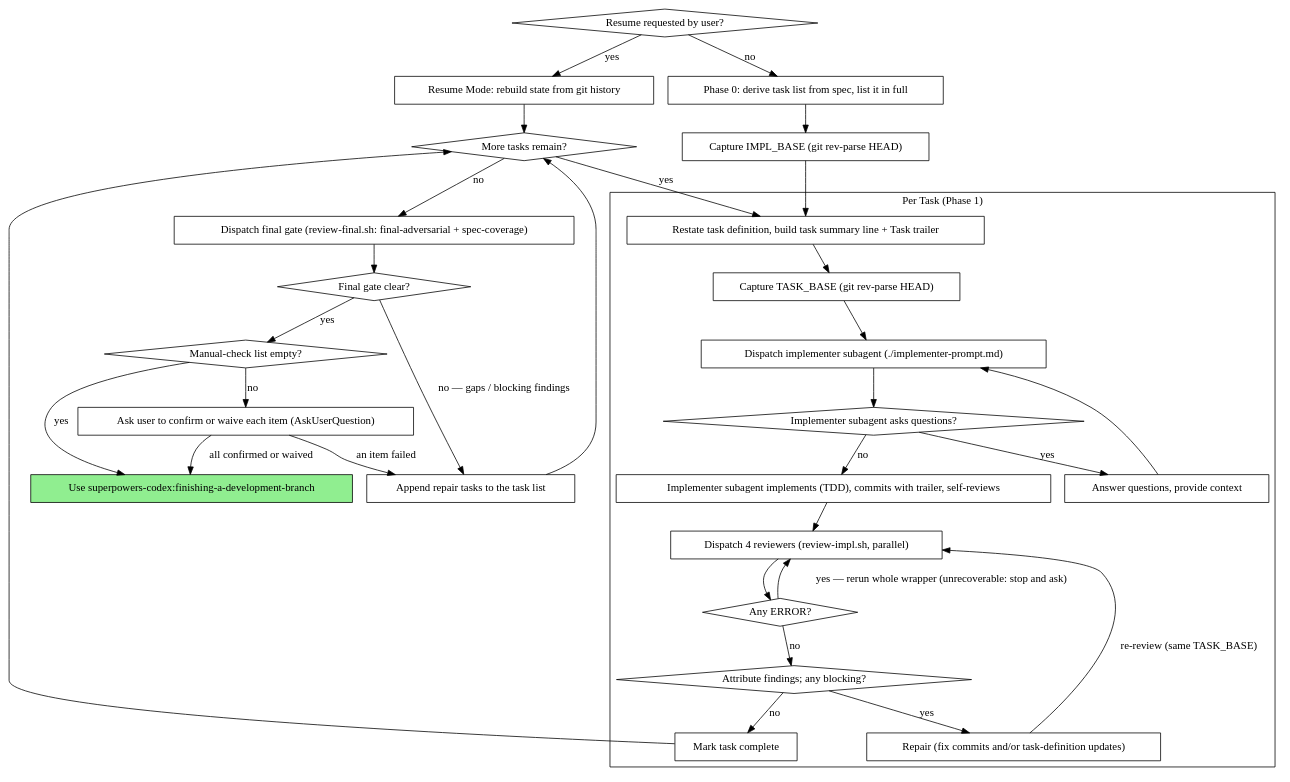
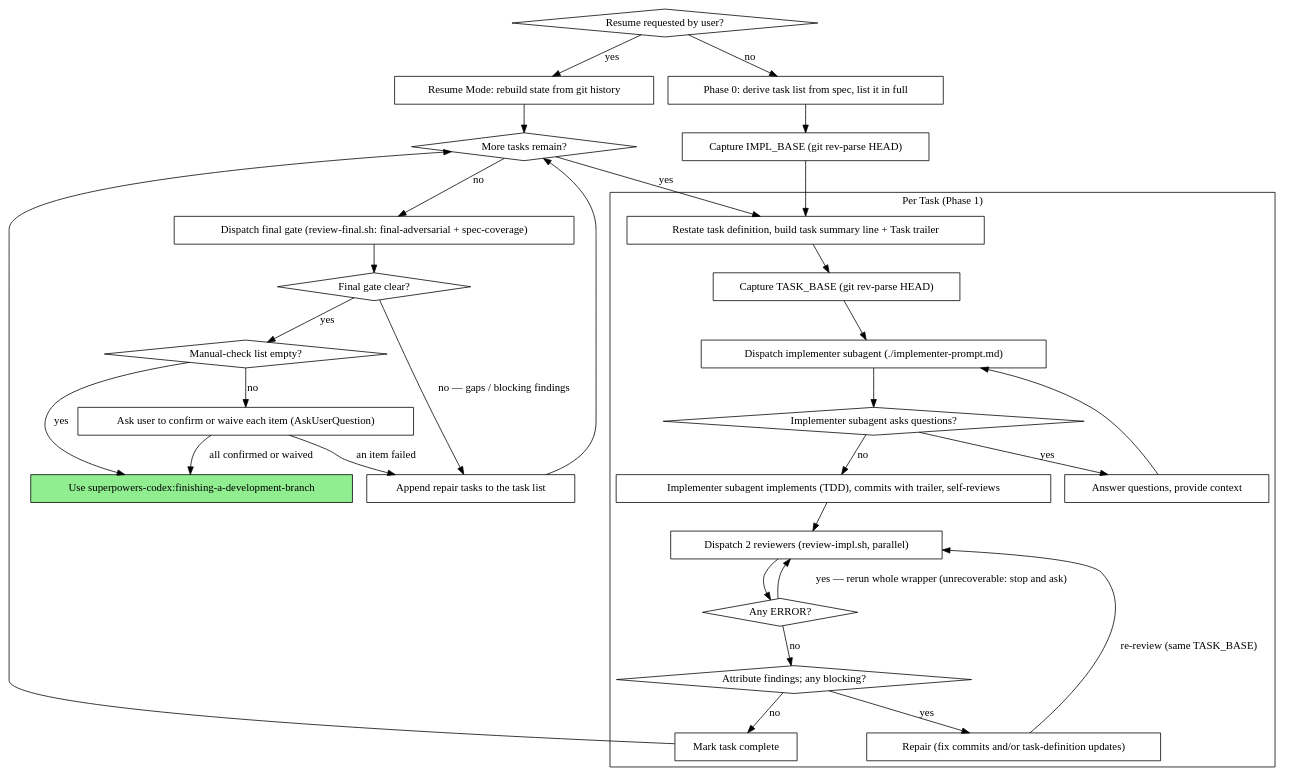
Before and after one commit to stu43005/superpowers-codex: the second of 2 diagrams in skills/subagent-driven-development/SKILL.md, drawn with Graphviz. The commit also changed other lines of this file and 3 other files, not shown here.

First line of the commit message:
feat(skills): run task-acceptance and code-quality as the per-task reviewers

````diff
--- a/skills/subagent-driven-development/SKILL.md
+++ b/skills/subagent-driven-development/SKILL.md
@@ -43,62 +43,62 @@
 ```dot
 digraph process {
     rankdir=TB;
 
     subgraph cluster_per_task {
         label="Per Task (Phase 1)";
         "Restate task definition, build task summary line + Task trailer" [shape=box];
         "Capture TASK_BASE (git rev-parse HEAD)" [shape=box];
         "Dispatch implementer subagent (./implementer-prompt.md)" [shape=box];
         "Implementer subagent asks questions?" [shape=diamond];
         "Answer questions, provide context" [shape=box];
         "Implementer subagent implements (TDD), commits with trailer, self-reviews" [shape=box];
-        "Dispatch 4 reviewers (review-impl.sh, parallel)" [shape=box];
+        "Dispatch 2 reviewers (review-impl.sh, parallel)" [shape=box];
         "Any ERROR?" [shape=diamond];
         "Attribute findings; any blocking?" [shape=diamond];
         "Repair (fix commits and/or task-definition updates)" [shape=box];
         "Mark task complete" [shape=box];
     }
 
     "Resume requested by user?" [shape=diamond];
     "Resume Mode: rebuild state from git history" [shape=box];
     "Phase 0: derive task list from spec, list it in full" [shape=box];
     "Capture IMPL_BASE (git rev-parse HEAD)" [shape=box];
     "More tasks remain?" [shape=diamond];
     "Dispatch final gate (review-final.sh: final-adversarial + spec-coverage)" [shape=box];
     "Final gate clear?" [shape=diamond];
     "Append repair tasks to the task list" [shape=box];
     "Manual-check list empty?" [shape=diamond];
     "Ask user to confirm or waive each item (AskUserQuestion)" [shape=box];
     "Use superpowers-codex:finishing-a-development-branch" [shape=box style=filled fillcolor=lightgreen];
 
     "Resume requested by user?" -> "Phase 0: derive task list from spec, list it in full" [label="no"];
     "Resume requested by user?" -> "Resume Mode: rebuild state from git history" [label="yes"];
     "Resume Mode: rebuild state from git history" -> "More tasks remain?";
     "Phase 0: derive task list from spec, list it in full" -> "Capture IMPL_BASE (git rev-parse HEAD)";
     "Capture IMPL_BASE (git rev-parse HEAD)" -> "Restate task definition, build task summary line + Task trailer";
     "Restate task definition, build task summary line + Task trailer" -> "Capture TASK_BASE (git rev-parse HEAD)";
     "Capture TASK_BASE (git rev-parse HEAD)" -> "Dispatch implementer subagent (./implementer-prompt.md)";
     "Dispatch implementer subagent (./implementer-prompt.md)" -> "Implementer subagent asks questions?";
     "Implementer subagent asks questions?" -> "Answer questions, provide context" [label="yes"];
     "Answer questions, provide context" -> "Dispatch implementer subagent (./implementer-prompt.md)";
     "Implementer subagent asks questions?" -> "Implementer subagent implements (TDD), commits with trailer, self-reviews" [label="no"];
-    "Implementer subagent implements (TDD), commits with trailer, self-reviews" -> "Dispatch 4 reviewers (review-impl.sh, parallel)";
-    "Dispatch 4 reviewers (review-impl.sh, parallel)" -> "Any ERROR?";
-    "Any ERROR?" -> "Dispatch 4 reviewers (review-impl.sh, parallel)" [label="yes — rerun whole wrapper (unrecoverable: stop and ask)"];
+    "Implementer subagent implements (TDD), commits with trailer, self-reviews" -> "Dispatch 2 reviewers (review-impl.sh, parallel)";
+    "Dispatch 2 reviewers (review-impl.sh, parallel)" -> "Any ERROR?";
+    "Any ERROR?" -> "Dispatch 2 reviewers (review-impl.sh, parallel)" [label="yes — rerun whole wrapper (unrecoverable: stop and ask)"];
     "Any ERROR?" -> "Attribute findings; any blocking?" [label="no"];
     "Attribute findings; any blocking?" -> "Repair (fix commits and/or task-definition updates)" [label="yes"];
-    "Repair (fix commits and/or task-definition updates)" -> "Dispatch 4 reviewers (review-impl.sh, parallel)" [label="re-review (same TASK_BASE)"];
+    "Repair (fix commits and/or task-definition updates)" -> "Dispatch 2 reviewers (review-impl.sh, parallel)" [label="re-review (same TASK_BASE)"];
     "Attribute findings; any blocking?" -> "Mark task complete" [label="no"];
     "Mark task complete" -> "More tasks remain?";
     "More tasks remain?" -> "Restate task definition, build task summary line + Task trailer" [label="yes"];
     "More tasks remain?" -> "Dispatch final gate (review-final.sh: final-adversarial + spec-coverage)" [label="no"];
     "Dispatch final gate (review-final.sh: final-adversarial + spec-coverage)" -> "Final gate clear?";
     "Final gate clear?" -> "Append repair tasks to the task list" [label="no — gaps / blocking findings"];
     "Append repair tasks to the task list" -> "More tasks remain?";
     "Final gate clear?" -> "Manual-check list empty?" [label="yes"];
     "Manual-check list empty?" -> "Use superpowers-codex:finishing-a-development-branch" [label="yes"];
     "Manual-check list empty?" -> "Ask user to confirm or waive each item (AskUserQuestion)" [label="no"];
     "Ask user to confirm or waive each item (AskUserQuestion)" -> "Use superpowers-codex:finishing-a-development-branch" [label="all confirmed or waived"];
     "Ask user to confirm or waive each item (AskUserQuestion)" -> "Append repair tasks to the task list" [label="an item failed"];
 }
 ```
````
